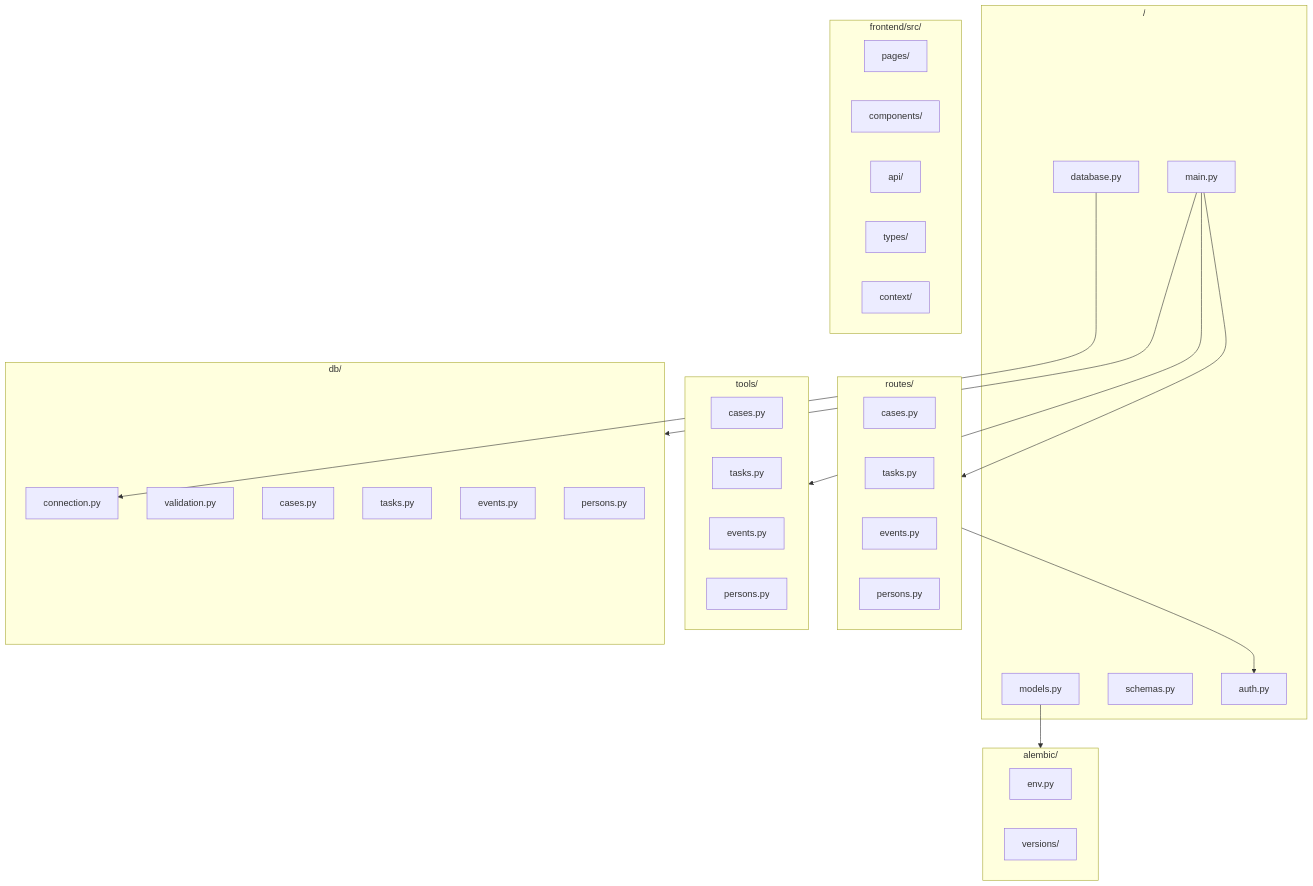
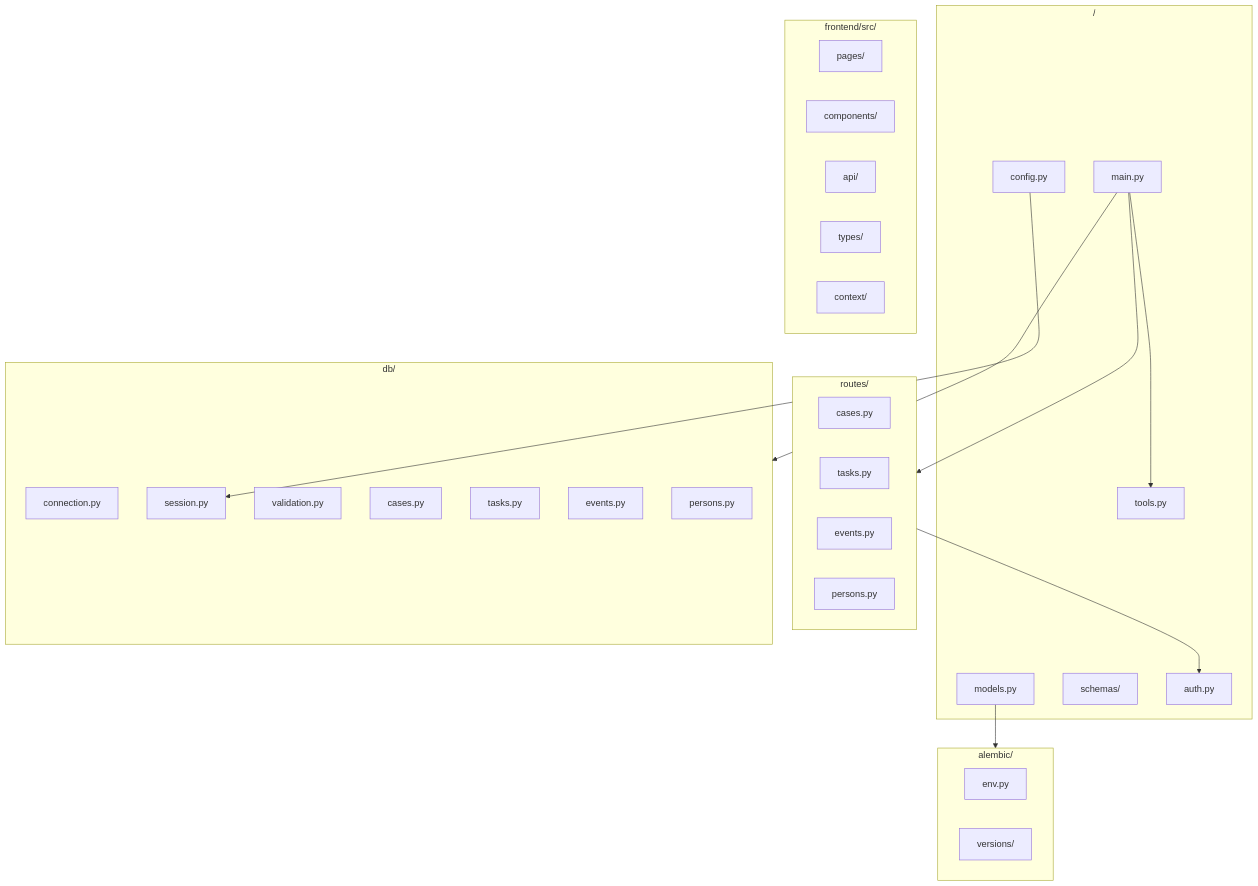
Before and after one commit to coopermayne/mcp-galipo: the sixth of 8 diagrams in docs/ARCHITECTURE.md, drawn with Mermaid. The commit also changed other lines of this file and 9 other files, not shown here.

````diff
--- a/docs/ARCHITECTURE.md
+++ b/docs/ARCHITECTURE.md
@@ -188,53 +184,48 @@
 ```mermaid
 flowchart TB
     subgraph Root["/"]
         main[main.py]
+        config[config.py]
         models[models.py]
-        schemas[schemas.py]
+        schemas_pkg[schemas/]
+        tools_file[tools.py]
         auth[auth.py]
-        database[database.py]
     end
 
     subgraph alembic_pkg["alembic/"]
         alembic_env[env.py]
         versions[versions/]
     end
 
     subgraph db_pkg["db/"]
         connection[connection.py]
+        session[session.py]
         validation[validation.py]
         cases_db[cases.py]
         tasks_db[tasks.py]
         events_db[events.py]
         persons_db[persons.py]
-    end
-
-    subgraph tools_pkg["tools/"]
-        cases_tools[cases.py]
-        tasks_tools[tasks.py]
-        events_tools[events.py]
-        persons_tools[persons.py]
     end
 
     subgraph routes_pkg["routes/"]
         cases_routes[cases.py]
         tasks_routes[tasks.py]
         events_routes[events.py]
         persons_routes[persons.py]
     end
 
     subgraph frontend["frontend/src/"]
         pages[pages/]
         components[components/]
         api[api/]
         types[types/]
         context[context/]
     end
 
     main --> db_pkg
-    main --> tools_pkg
+    main --> tools_file
     main --> routes_pkg
     routes_pkg --> auth
     models --> alembic_pkg
-    database --> connection
+    config --> session
 ```
````
